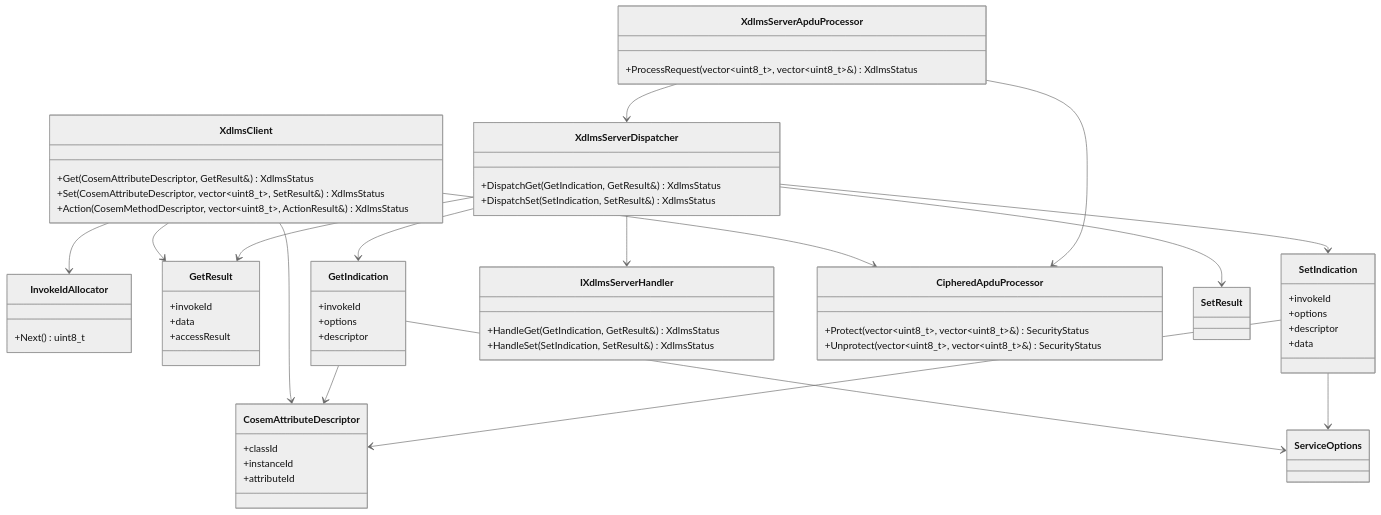
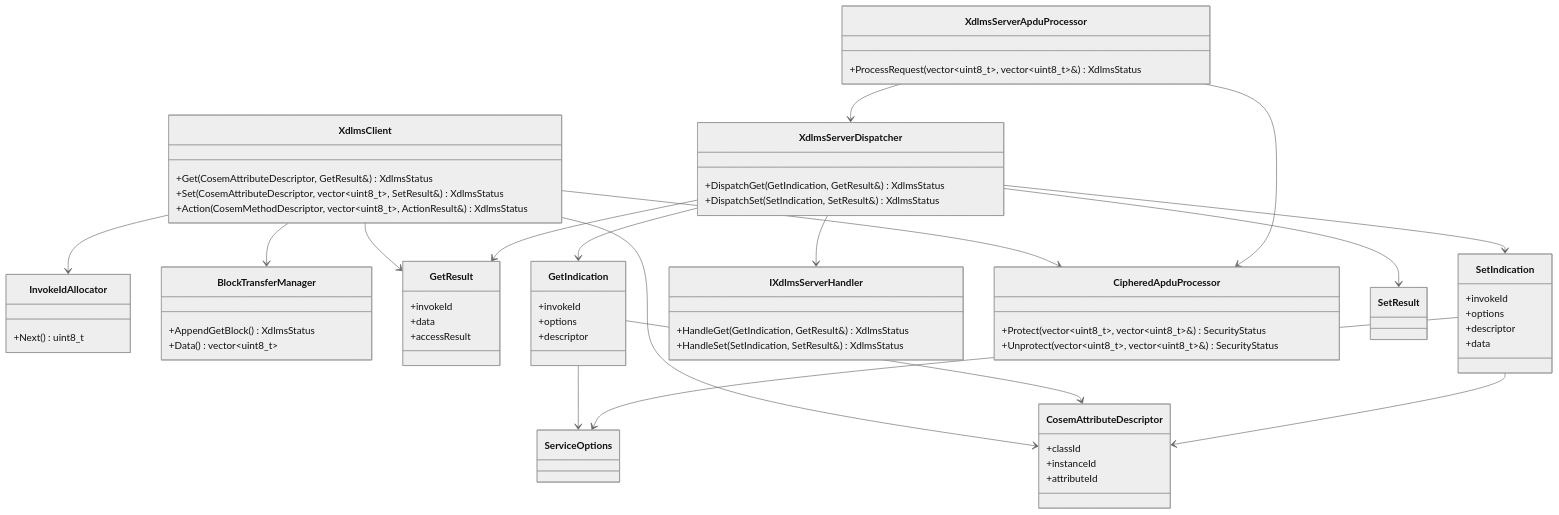
Before and after one commit to gvtret/dlms-xdlms: the diagram in docs/01_xdlms_api.md, drawn with Mermaid (neutral theme). The commit also changed other lines of this file and 5 other files, not shown here.

First line of the commit message:
docs(xdlms): define get block transfer

````diff
--- a/docs/01_xdlms_api.md
+++ b/docs/01_xdlms_api.md
@@ -209,72 +224,78 @@
 ```mermaid
 classDiagram
   class XdlmsClient {
     +Get(CosemAttributeDescriptor, GetResult&) XdlmsStatus
     +Set(CosemAttributeDescriptor, vector~uint8_t~, SetResult&) XdlmsStatus
     +Action(CosemMethodDescriptor, vector~uint8_t~, ActionResult&) XdlmsStatus
   }
 
   class InvokeIdAllocator {
     +Next() uint8_t
+  }
+
+  class BlockTransferManager {
+    +AppendGetBlock() XdlmsStatus
+    +Data() vector~uint8_t~
   }
 
   class CosemAttributeDescriptor {
     +classId
     +instanceId
     +attributeId
   }
 
   class GetResult {
     +invokeId
     +data
     +accessResult
   }
 
   class GetIndication {
     +invokeId
     +options
     +descriptor
   }
 
   class SetIndication {
     +invokeId
     +options
     +descriptor
     +data
   }
 
   class IXdlmsServerHandler {
     +HandleGet(GetIndication, GetResult&) XdlmsStatus
     +HandleSet(SetIndication, SetResult&) XdlmsStatus
   }
 
   class XdlmsServerDispatcher {
     +DispatchGet(GetIndication, GetResult&) XdlmsStatus
     +DispatchSet(SetIndication, SetResult&) XdlmsStatus
   }
 
   class XdlmsServerApduProcessor {
     +ProcessRequest(vector~uint8_t~, vector~uint8_t~&) XdlmsStatus
   }
 
   class CipheredApduProcessor {
     +Protect(vector~uint8_t~, vector~uint8_t~&) SecurityStatus
     +Unprotect(vector~uint8_t~, vector~uint8_t~&) SecurityStatus
   }
 
   XdlmsClient --> InvokeIdAllocator
+  XdlmsClient --> BlockTransferManager
   XdlmsClient --> CosemAttributeDescriptor
   XdlmsClient --> GetResult
   GetIndication --> ServiceOptions
   GetIndication --> CosemAttributeDescriptor
   SetIndication --> ServiceOptions
   SetIndication --> CosemAttributeDescriptor
   XdlmsServerDispatcher --> IXdlmsServerHandler
   XdlmsServerDispatcher --> GetIndication
   XdlmsServerDispatcher --> GetResult
   XdlmsServerDispatcher --> SetIndication
   XdlmsServerDispatcher --> SetResult
   XdlmsServerApduProcessor --> XdlmsServerDispatcher
   XdlmsClient --> CipheredApduProcessor
   XdlmsServerApduProcessor --> CipheredApduProcessor
 ```
````
